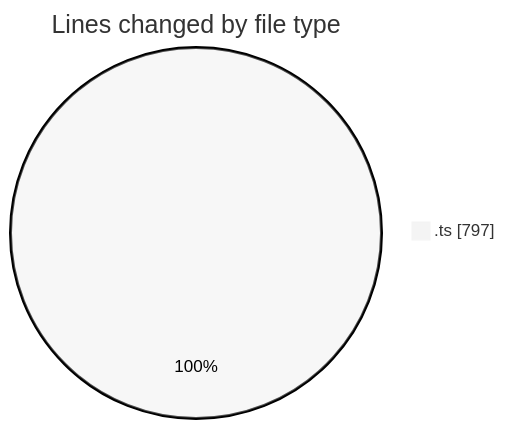
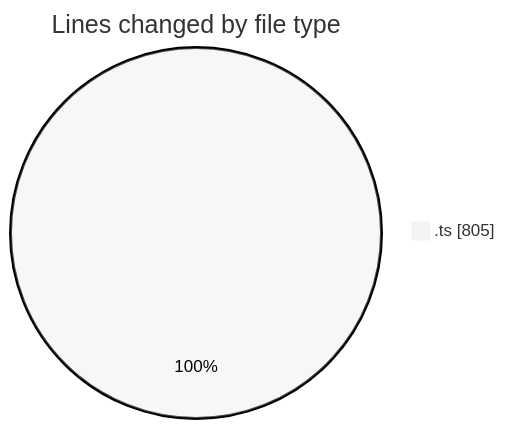
The first of 2 diagrams in 2026-03-04/nxtqube_webapp/README.md (nxtqubesakshisongat/code-tracking), drawn with Mermaid (neutral theme) before and after one commit. The commit also changed other lines of this file and 1 other file, not shown here.

````diff
--- a/2026-03-04/nxtqube_webapp/README.md
+++ b/2026-03-04/nxtqube_webapp/README.md
@@ -20,5 +20,5 @@
 ```mermaid
 pie showData
 title Lines changed by file type
-".ts" : 797
+".ts" : 805
 ```
````
